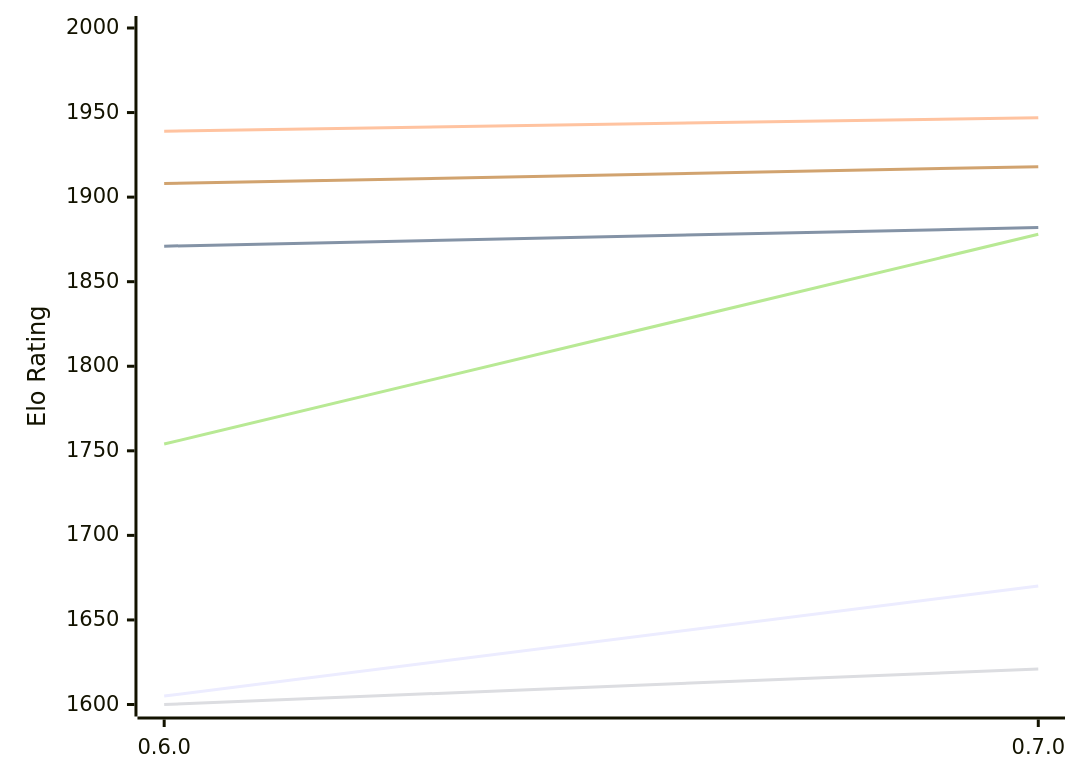
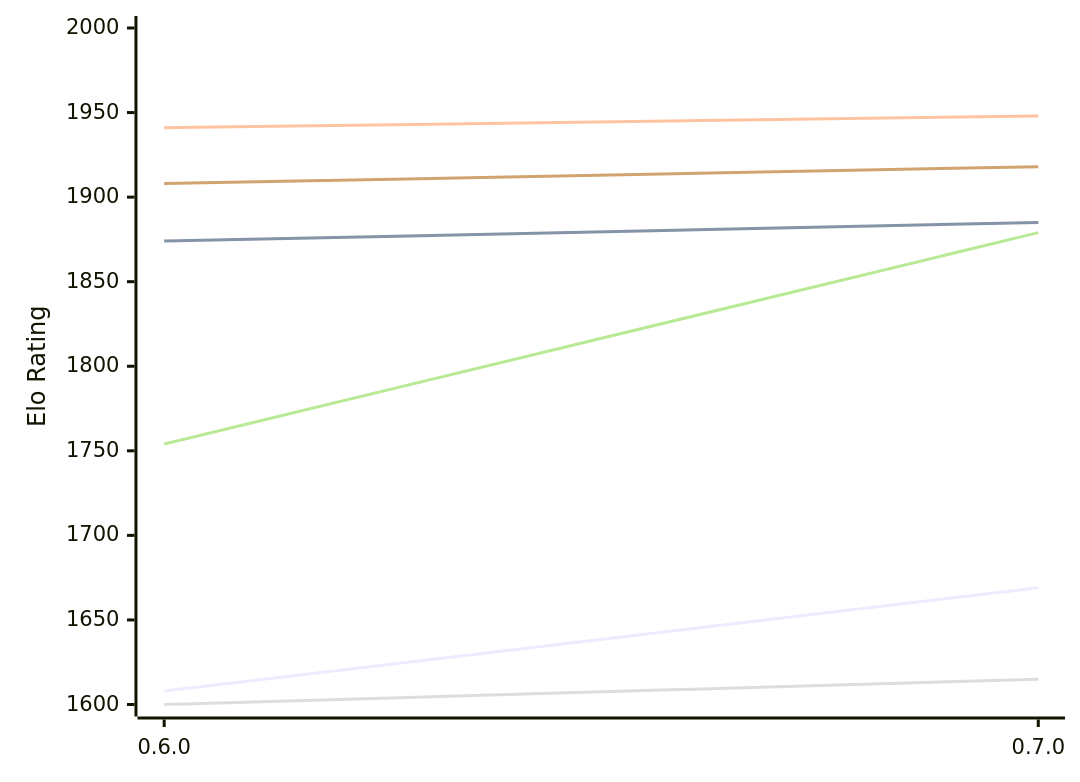
One commit to computer-chess-index/cci changed the first of 2 diagrams in engines/Chess-rs.md. Above: the diagram before and after it, drawn with Mermaid. The commit also changed other lines of this file, not shown here.

Commit message:
Update CCI Ratings (ELO VLTC) - 2026-11-19

````diff
--- a/engines/Chess-rs.md
+++ b/engines/Chess-rs.md
@@ -51,12 +51,12 @@
 ```mermaid
 %%{init: {"theme":"base","themeVariables":{"seriesColors:['#a3a3a3','#222221','#faa371']}}}%%
 xychart-beta
   x-axis ["0.6.0", "0.7.0"]
   y-axis "Elo Rating" 1600 --> 2000
-  line "E1: STC (8.0+0.08s)" [1605, 1670]
-  line "E1: LTC (60.0+0.60s)" [1871, 1882]
-  line "E1: VLTC (2m24s+1.12s)" [1939, 1947]
-  line "P1: STC (8.0+0.08s)" [1600, 1621]
-  line "P1: LTC (60.0+0.60s)" [1754, 1878]
+  line "E1: STC (8.0+0.08s)" [1608, 1669]
+  line "E1: LTC (60.0+0.60s)" [1874, 1885]
+  line "E1: VLTC (2m24s+1.12s)" [1941, 1948]
+  line "P1: STC (8.0+0.08s)" [1600, 1615]
+  line "P1: LTC (60.0+0.60s)" [1754, 1879]
   line "P1: VLTC (2m24s+1.12s)" [1908, 1918]
 ```
````
